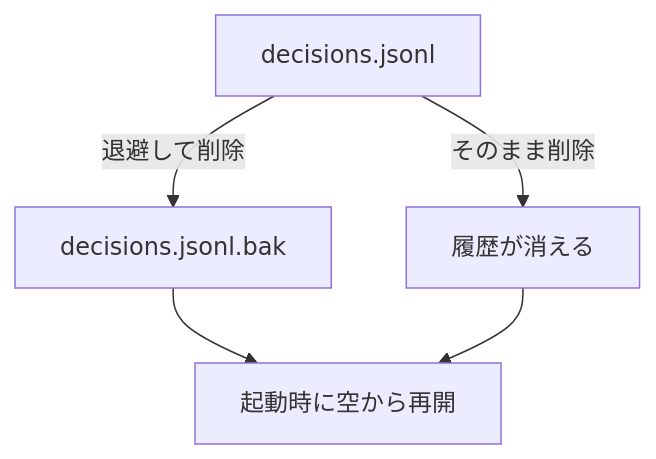
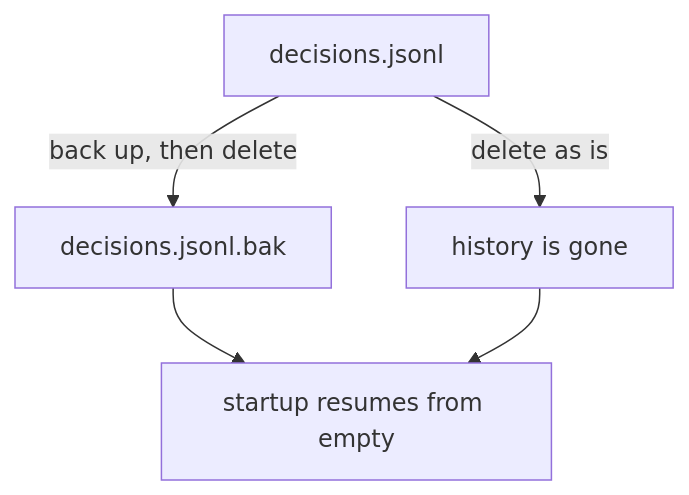
The diagram in test/explain-fixtures/pass-destructive.md (Asugawara/ukagai), drawn with Mermaid before and after one commit. The commit also changed other lines of this file and 37 other files, not shown here.

````diff
--- a/test/explain-fixtures/pass-destructive.md
+++ b/test/explain-fixtures/pass-destructive.md
@@ -27,7 +27,7 @@
 ```mermaid
 flowchart TD
-  F[decisions.jsonl] -->|退避して削除| B[decisions.jsonl.bak]
-  F -->|そのまま削除| X[履歴が消える]
-  B --> R[起動時に空から再開]
+  F[decisions.jsonl] -->|back up, then delete| B[decisions.jsonl.bak]
+  F -->|delete as is| X[history is gone]
+  B --> R[startup resumes from empty]
   X --> R
 ```
````
